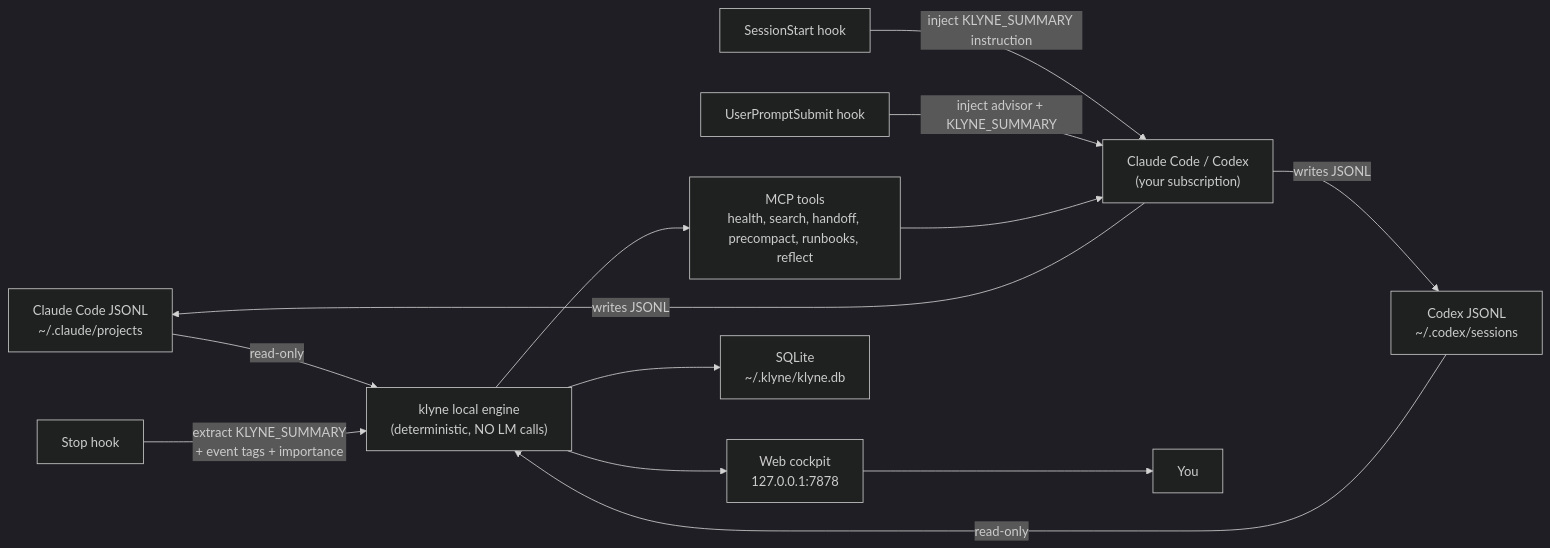
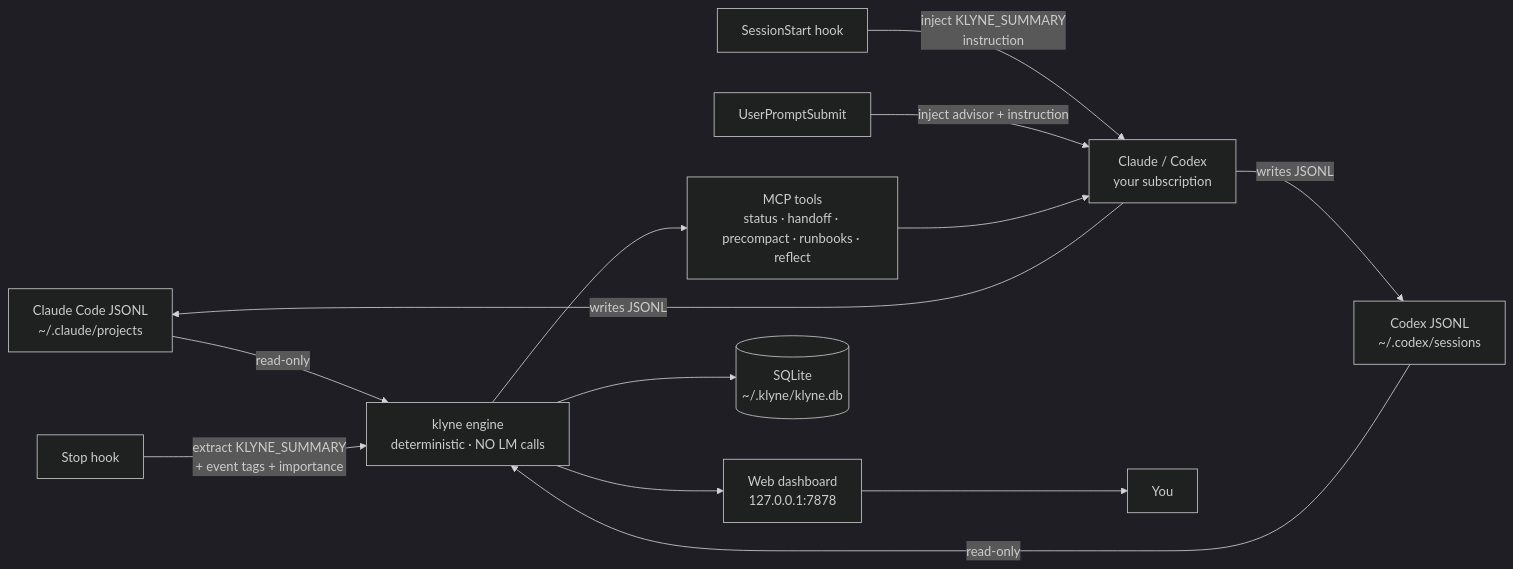
One commit to klyne-ai/klyne changed the diagram in README.md. Above: the diagram before and after it, drawn with Mermaid (dark theme). The commit also changed other lines of this file, not shown here.

````diff
--- a/README.md
+++ b/README.md
@@ -173,15 +279,15 @@
 ```mermaid
 flowchart LR
-  A["Claude Code JSONL<br/>~/.claude/projects"] -->|"read-only"| E["klyne local engine<br/>(deterministic, NO LM calls)"]
+  A["Claude Code JSONL<br/>~/.claude/projects"] -->|"read-only"| E["klyne engine<br/>deterministic · NO LM calls"]
   B["Codex JSONL<br/>~/.codex/sessions"] -->|"read-only"| E
-  H1["SessionStart hook"] -->|"inject KLYNE_SUMMARY instruction"| C["Claude Code / Codex<br/>(your subscription)"]
-  H2["UserPromptSubmit hook"] -->|"inject advisor + KLYNE_SUMMARY"| C
+  H1["SessionStart hook"] -->|"inject KLYNE_SUMMARY<br/>instruction"| C["Claude / Codex<br/>your subscription"]
+  H2["UserPromptSubmit"] -->|"inject advisor + instruction"| C
   H3["Stop hook"] -->|"extract KLYNE_SUMMARY<br/>+ event tags + importance"| E
   C -->|"writes JSONL"| A
   C -->|"writes JSONL"| B
-  E --> M["MCP tools<br/>health, search, handoff, precompact, runbooks, reflect"]
-  E --> W["Web cockpit<br/>127.0.0.1:7878"]
-  E --> DB["SQLite<br/>~/.klyne/klyne.db"]
+  E --> M["MCP tools<br/>status · handoff · precompact · runbooks · reflect"]
+  E --> W["Web dashboard<br/>127.0.0.1:7878"]
+  E --> DB[("SQLite<br/>~/.klyne/klyne.db")]
   M --> C
   W --> U["You"]
 ```
````
